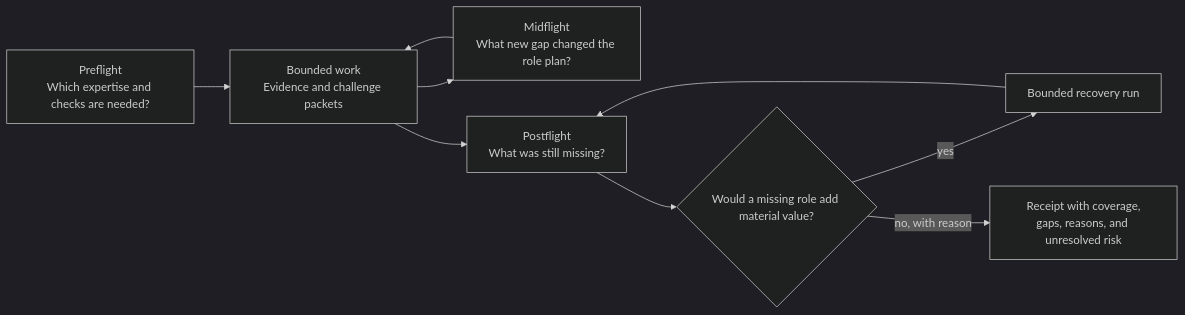
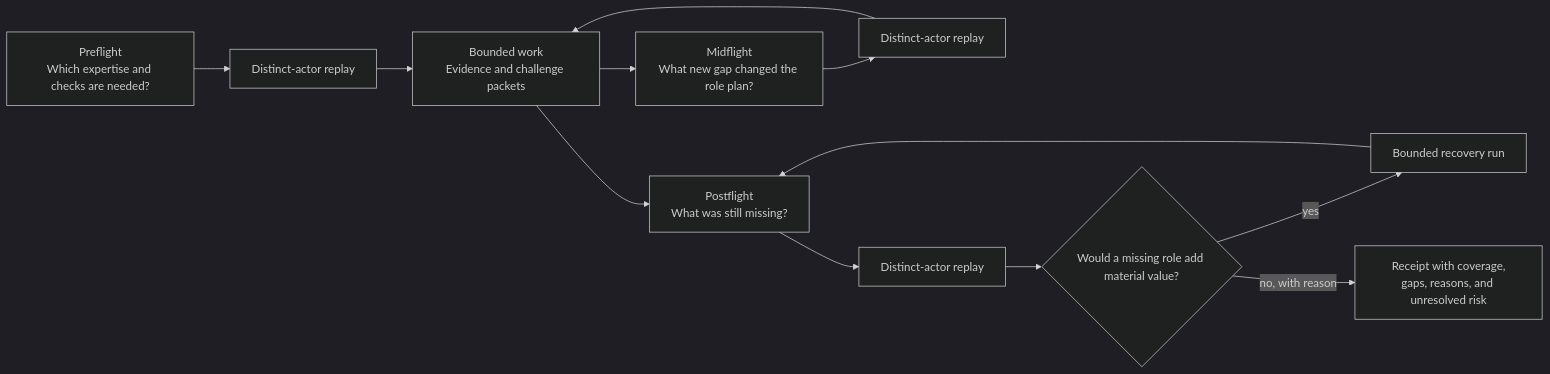
The fourth of 7 diagrams in PORTFOLIO.md (lowelltwong-alt/logos-governance-architecture), drawn with Mermaid (dark theme) before and after one commit. The commit also changed other lines of this file and 140 other files, not shown here.

````diff
--- a/PORTFOLIO.md
+++ b/PORTFOLIO.md
@@ -180,19 +186,22 @@
 ```mermaid
 flowchart LR
   PRE["Preflight<br/>Which expertise and checks are needed?"]
+  PRECHECK["Distinct-actor replay"]
   WORK["Bounded work<br/>Evidence and challenge packets"]
   MID["Midflight<br/>What new gap changed the role plan?"]
+  MIDCHECK["Distinct-actor replay"]
   POST["Postflight<br/>What was still missing?"]
+  POSTCHECK["Distinct-actor replay"]
   RECOVER{"Would a missing role add material value?"}
   RERUN["Bounded recovery run"]
   CLOSE["Receipt with coverage,<br/>gaps, reasons, and unresolved risk"]
 
-  PRE --> WORK
+  PRE --> PRECHECK --> WORK
   WORK --> MID
-  MID --> WORK
+  MID --> MIDCHECK --> WORK
   WORK --> POST
-  POST --> RECOVER
+  POST --> POSTCHECK --> RECOVER
   RECOVER -->|"yes"| RERUN
   RERUN --> POST
   RECOVER -->|"no, with reason"| CLOSE
 ```
````
